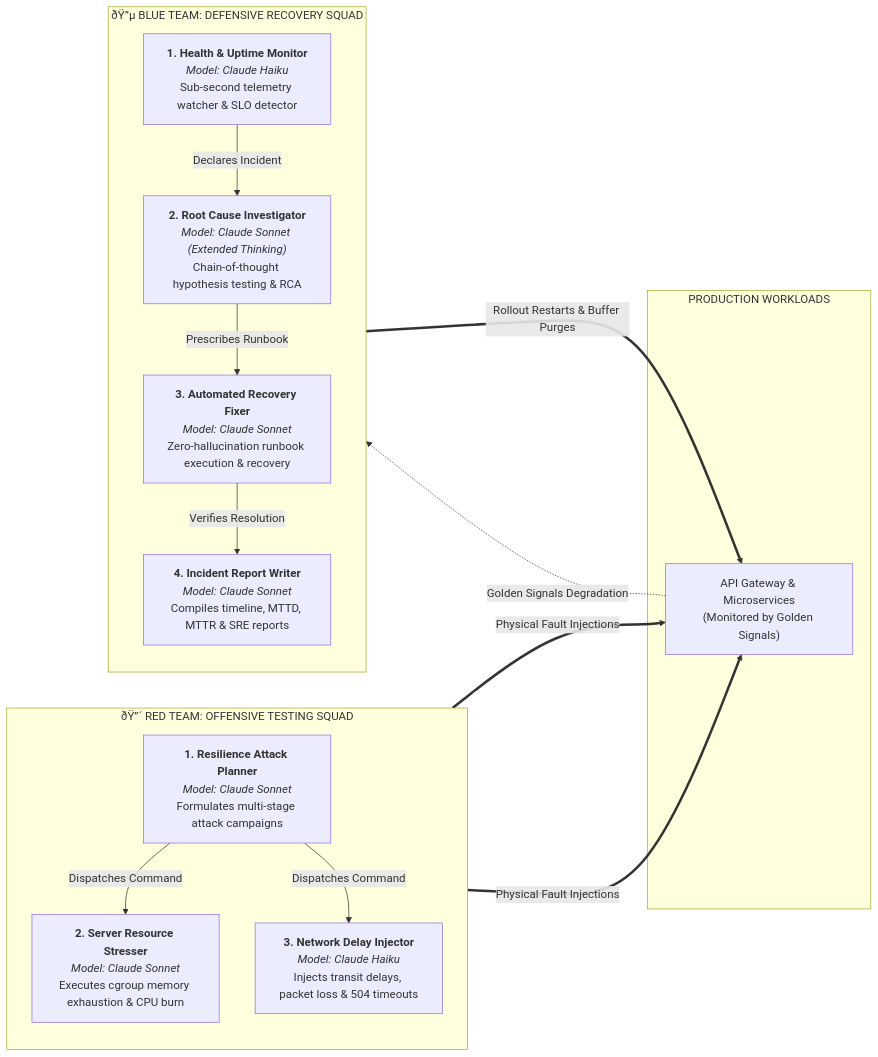
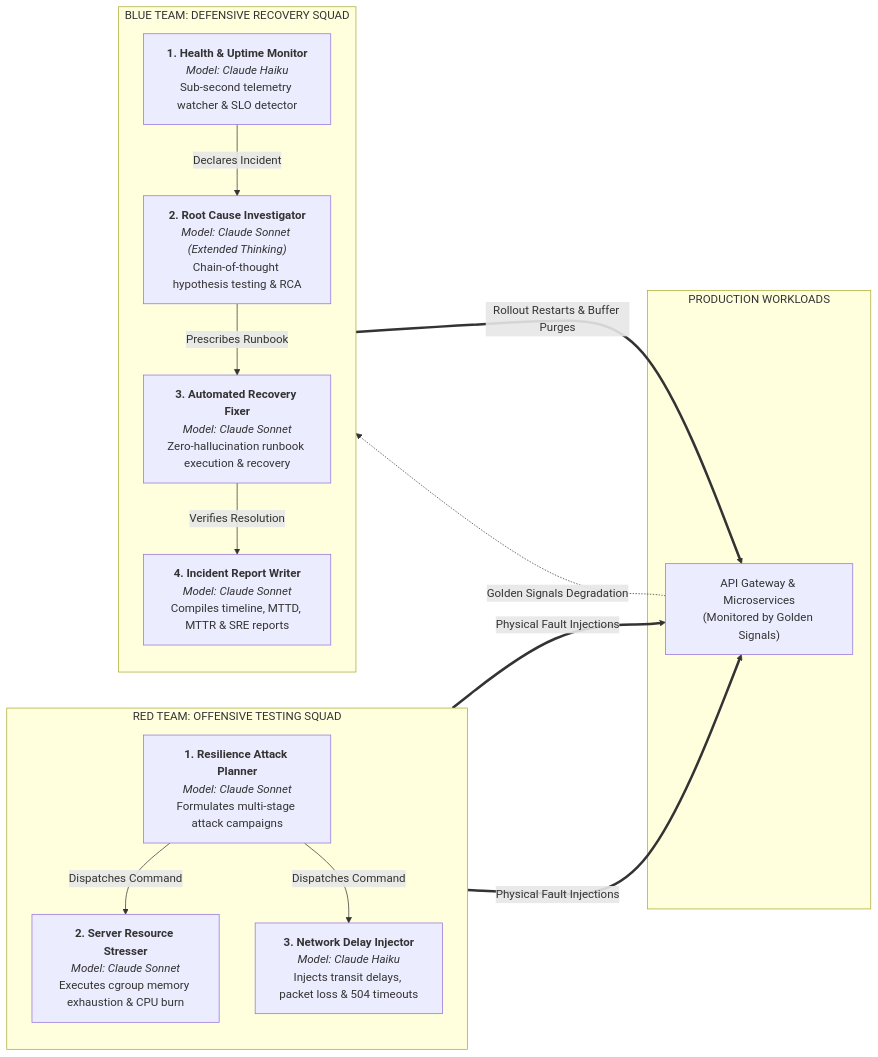
Before and after one commit to ritvikindupuri/InfraAttack: the second of 3 diagrams in TECHNICAL_DOCUMENTATION.md, drawn with Mermaid. The commit also changed other lines of this file and 2 other files, not shown here.

Commit message:
docs: strip all corrupted character sequences across README, docs, and dashboard JSON

````diff
--- a/TECHNICAL_DOCUMENTATION.md
+++ b/TECHNICAL_DOCUMENTATION.md
@@ -140,32 +140,32 @@
 ```mermaid
 flowchart LR
-    subgraph RedTeam ["ðŸ”´ RED TEAM: OFFENSIVE TESTING SQUAD"]
+    subgraph RedTeam ["RED TEAM: OFFENSIVE TESTING SQUAD"]
         direction TB
         R1["<b>1. Resilience Attack Planner</b><br/><i>Model: Claude Sonnet</i><br/>Formulates multi-stage attack campaigns"]
         R2["<b>2. Server Resource Stresser</b><br/><i>Model: Claude Sonnet</i><br/>Executes cgroup memory exhaustion & CPU burn"]
         R3["<b>3. Network Delay Injector</b><br/><i>Model: Claude Haiku</i><br/>Injects transit delays, packet loss & 504 timeouts"]
         
         R1 -->|Dispatches Command| R2
         R1 -->|Dispatches Command| R3
     end
 
     subgraph TargetWorkloads ["PRODUCTION WORKLOADS"]
         TargetAppContainers["API Gateway & Microservices<br/>(Monitored by Golden Signals)"]
     end
 
-    subgraph BlueTeam ["ðŸ”µ BLUE TEAM: DEFENSIVE RECOVERY SQUAD"]
+    subgraph BlueTeam ["BLUE TEAM: DEFENSIVE RECOVERY SQUAD"]
         direction TB
         B1["<b>1. Health & Uptime Monitor</b><br/><i>Model: Claude Haiku</i><br/>Sub-second telemetry watcher & SLO detector"]
         B2["<b>2. Root Cause Investigator</b><br/><i>Model: Claude Sonnet (Extended Thinking)</i><br/>Chain-of-thought hypothesis testing & RCA"]
         B3["<b>3. Automated Recovery Fixer</b><br/><i>Model: Claude Sonnet</i><br/>Zero-hallucination runbook execution & recovery"]
         B4["<b>4. Incident Report Writer</b><br/><i>Model: Claude Sonnet</i><br/>Compiles timeline, MTTD, MTTR & SRE reports"]
         
         B1 -->|Declares Incident| B2
         B2 -->|Prescribes Runbook| B3
         B3 -->|Verifies Resolution| B4
     end
 
     R2 & R3 ==>|Physical Fault Injections| TargetAppContainers
     TargetAppContainers -.->|Golden Signals Degradation| B1
     B3 ==>|Rollout Restarts & Buffer Purges| TargetAppContainers
 ```
````
